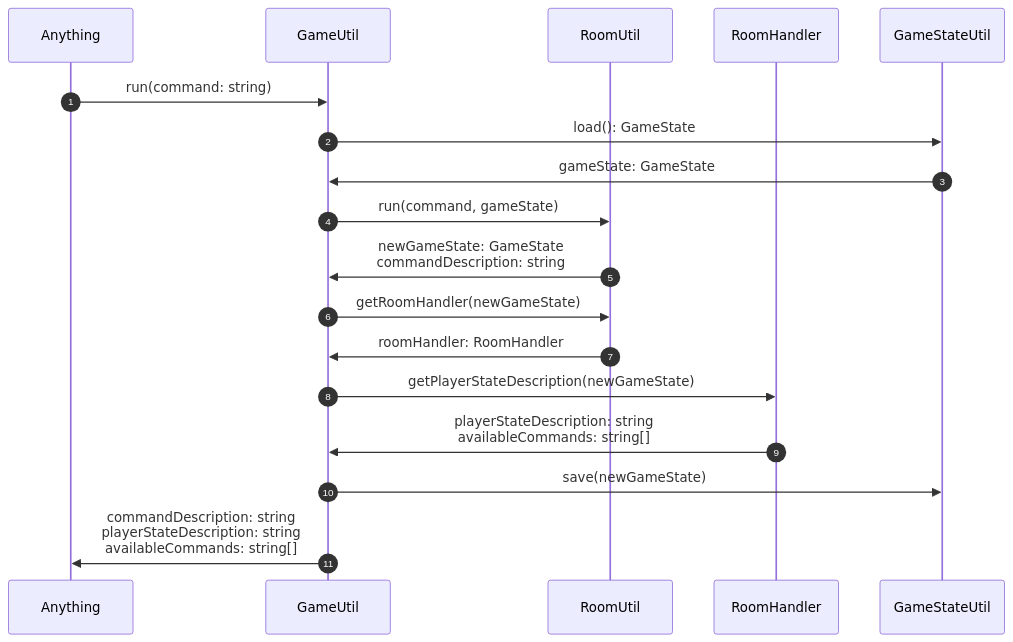
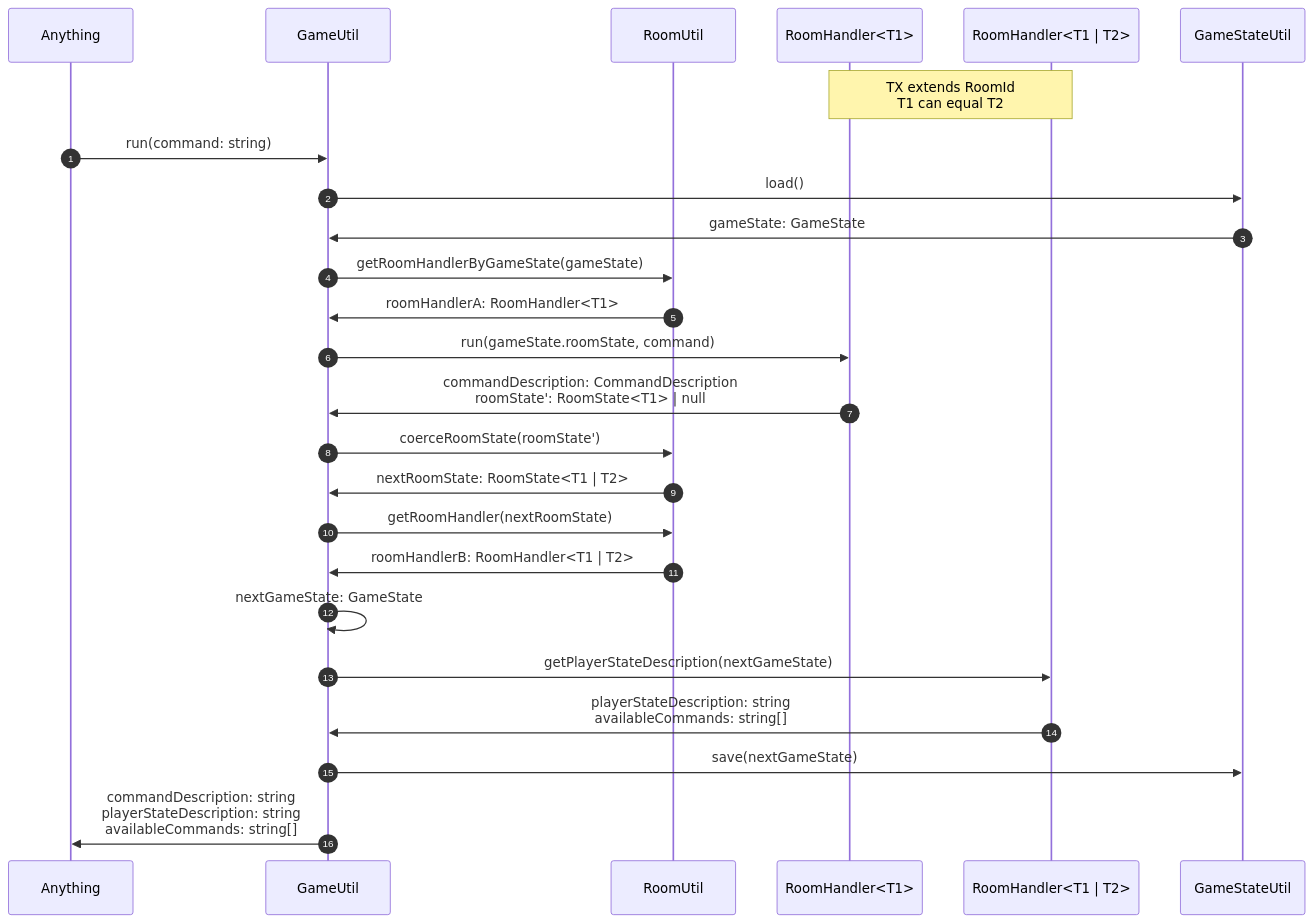
Before and after one commit to normal-devs/klicker-knight: the diagram in docs/architecture/gameUtil.md, drawn with Mermaid. The commit also changed 1 other file, not shown here.

Commit message:
(docs) Move some responsibiity from RoomUtil to GameUtil

````diff
--- a/docs/architecture/gameUtil.md
+++ b/docs/architecture/gameUtil.md
@@ -14,21 +14,37 @@
 ```mermaid
 sequenceDiagram
   autonumber
   participant A as Anything
-  participant G as GameUtil
+  participant GU as GameUtil
   participant RU as RoomUtil
-  participant RH as RoomHandler
+  participant RH1 as RoomHandler<T1>
+  participant RH2 as RoomHandler<T1 | T2>
   participant GS as GameStateUtil
 
-  A ->> G: run(command: string)
-  G ->> GS: load(): GameState
-  GS ->> G: gameState: GameState
-  G ->> RU: run(command, gameState)
-  RU ->> G: newGameState: GameState <br> commandDescription: string
-  G ->> RU: getRoomHandler(newGameState)
-  RU ->> G: roomHandler: RoomHandler
-  G ->> RH: getPlayerStateDescription(newGameState)
-  RH ->> G: playerStateDescription: string <br> availableCommands: string[]
-  G ->> GS: save(newGameState)
-  G ->> A: commandDescription: string <br> playerStateDescription: string <br> availableCommands: string[]
+  note over RH1, RH2: TX extends RoomId <br> T1 can equal T2
+
+  A ->> GU: run(command: string)
+
+  GU ->> GS: load()
+  GS ->> GU: gameState: GameState
+
+  GU ->> RU: getRoomHandlerByGameState(gameState)
+  RU ->> GU: roomHandlerA: RoomHandler<T1>
+
+  GU ->> RH1: run(gameState.roomState, command)
+  RH1 ->> GU: commandDescription: CommandDescription <br> roomState': RoomState<T1> | null
+
+  GU ->> RU: coerceRoomState(roomState')
+  RU ->> GU: nextRoomState: RoomState<T1 | T2>
+
+  GU ->> RU: getRoomHandler(nextRoomState)
+  RU ->> GU: roomHandlerB: RoomHandler<T1 | T2>
+  GU ->> GU: nextGameState: GameState
+
+  GU ->> RH2: getPlayerStateDescription(nextGameState)
+  RH2 ->> GU: playerStateDescription: string <br> availableCommands: string[]
+
+  GU ->> GS: save(nextGameState)
+
+  GU ->> A: commandDescription: string <br> playerStateDescription: string <br> availableCommands: string[]
 ```
````
